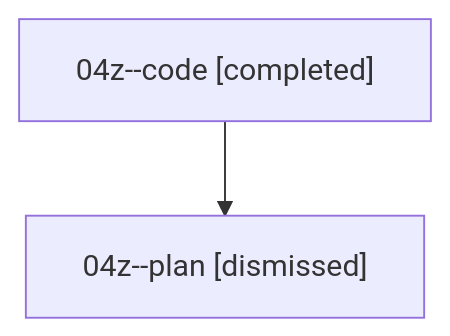
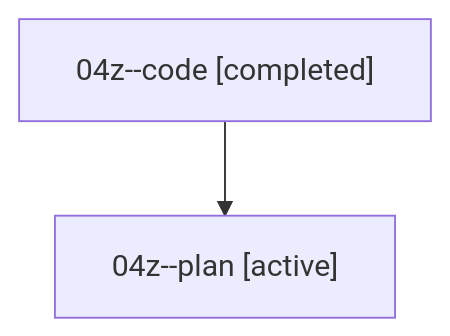
Before and after one commit to sase-org/sase--agents: the diagram in families/bbugyi200.athena.04z.md, drawn with Mermaid. The commit also changed other lines of this file and 35830 other files, not shown here.

````diff
--- a/families/bbugyi200.athena.04z.md
+++ b/families/bbugyi200.athena.04z.md
@@ -9,6 +9,6 @@
 ```mermaid
 flowchart TD
   n0["04z--code [completed]"]
-  n1["04z--plan [dismissed]"]
+  n1["04z--plan [active]"]
   n0 --> n1
 ```
````
